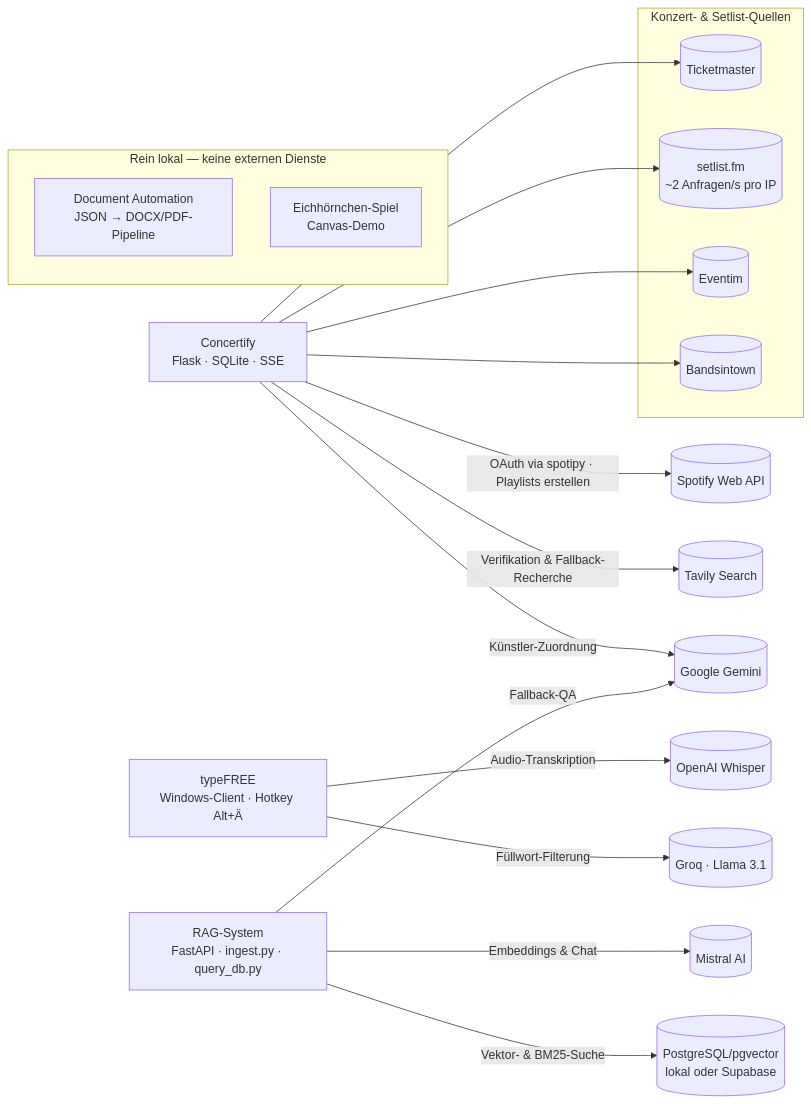
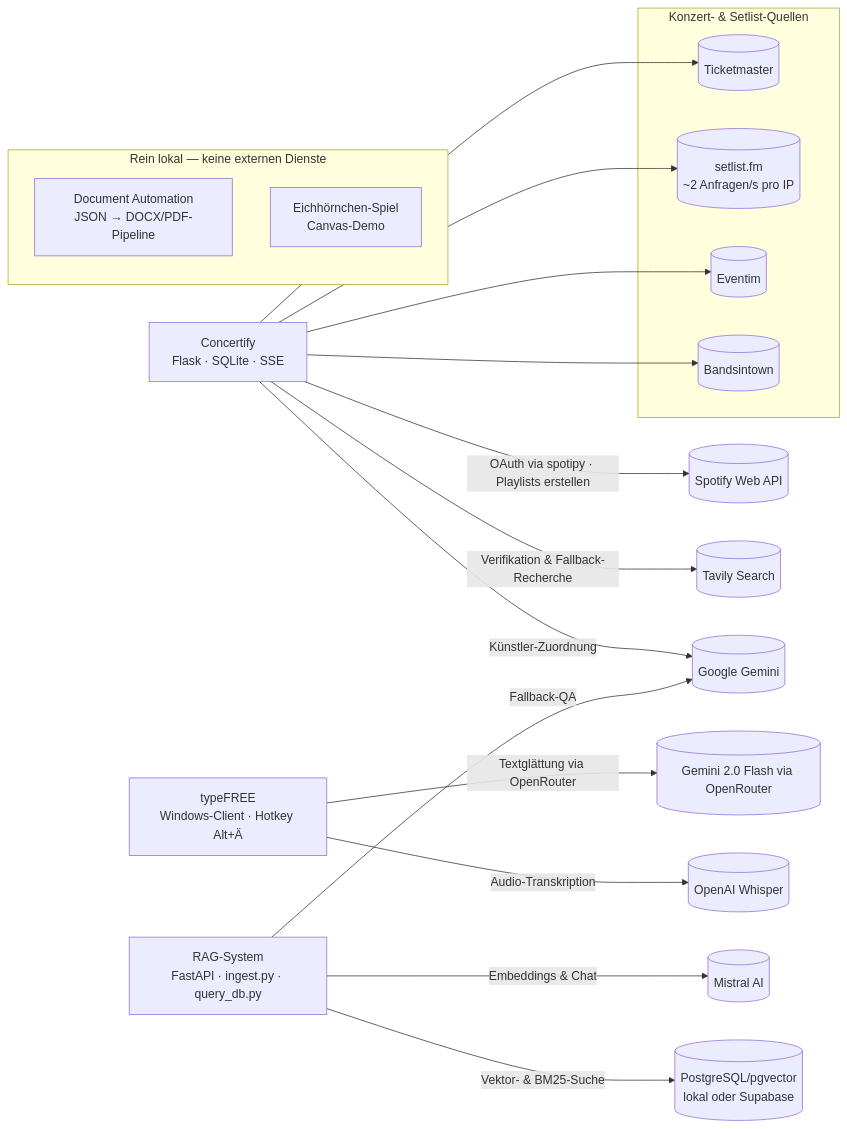
Before and after one commit to HeartledAgentEngineer/it-ot-agentic-engineering: the diagram in 02_Softwareentwicklung_IT/README.md, drawn with Mermaid. The commit also changed other lines of this file and 14 other files, not shown here.

Commit message:
READMEs: typeFREE-Stack und Mermaid-Pfeile aktualisiert; CLAUDE.md: Critic-Gate vor Phase 4 ergänzt

````diff
--- a/02_Softwareentwicklung_IT/README.md
+++ b/02_Softwareentwicklung_IT/README.md
@@ -25,41 +25,41 @@
 ```mermaid
 flowchart LR
     subgraph Lokal [Rein lokal — keine externen Dienste]
         DocAuto[Document Automation<br/>JSON → DOCX/PDF-Pipeline]
         Spiel[Eichhörnchen-Spiel<br/>Canvas-Demo]
     end
 
     Concertify[Concertify<br/>Flask · SQLite · SSE]
     TypeFree[typeFREE<br/>Windows-Client · Hotkey Alt+Ä]
     RAG[RAG-System<br/>FastAPI · ingest.py · query_db.py]
 
     subgraph Konzertdaten [Konzert- & Setlist-Quellen]
         TM[(Ticketmaster)]
         SFM[(setlist.fm<br/>~2 Anfragen/s pro IP)]
         Eventim[(Eventim)]
         BIT[(Bandsintown)]
     end
 
     Spotify[(Spotify Web API)]
     Tavily[(Tavily Search)]
     Gemini[(Google Gemini)]
+    G2F[(Gemini 2.0 Flash via OpenRouter)]
     Whisper[(OpenAI Whisper)]
-    Groq[(Groq · Llama 3.1)]
     Mistral[(Mistral AI)]
     PG[(PostgreSQL/pgvector<br/>lokal oder Supabase)]
 
     Concertify -->|OAuth via spotipy · Playlists erstellen| Spotify
     Concertify --> TM
     Concertify --> SFM
     Concertify --> Eventim
     Concertify --> BIT
     Concertify -->|Verifikation & Fallback-Recherche| Tavily
     Concertify -->|Künstler-Zuordnung| Gemini
 
     TypeFree -->|Audio-Transkription| Whisper
-    TypeFree -->|Füllwort-Filterung| Groq
+    TypeFree -->|Textglättung via OpenRouter| G2F
 
     RAG -->|Embeddings & Chat| Mistral
     RAG -->|Fallback-QA| Gemini
     RAG -->|Vektor- & BM25-Suche| PG
 ```
````
